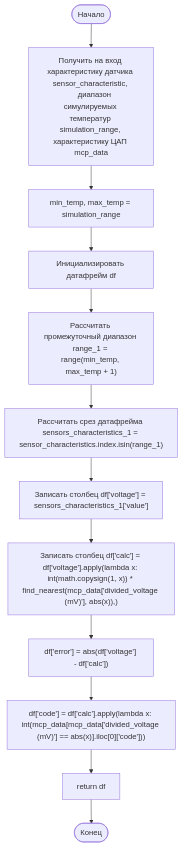
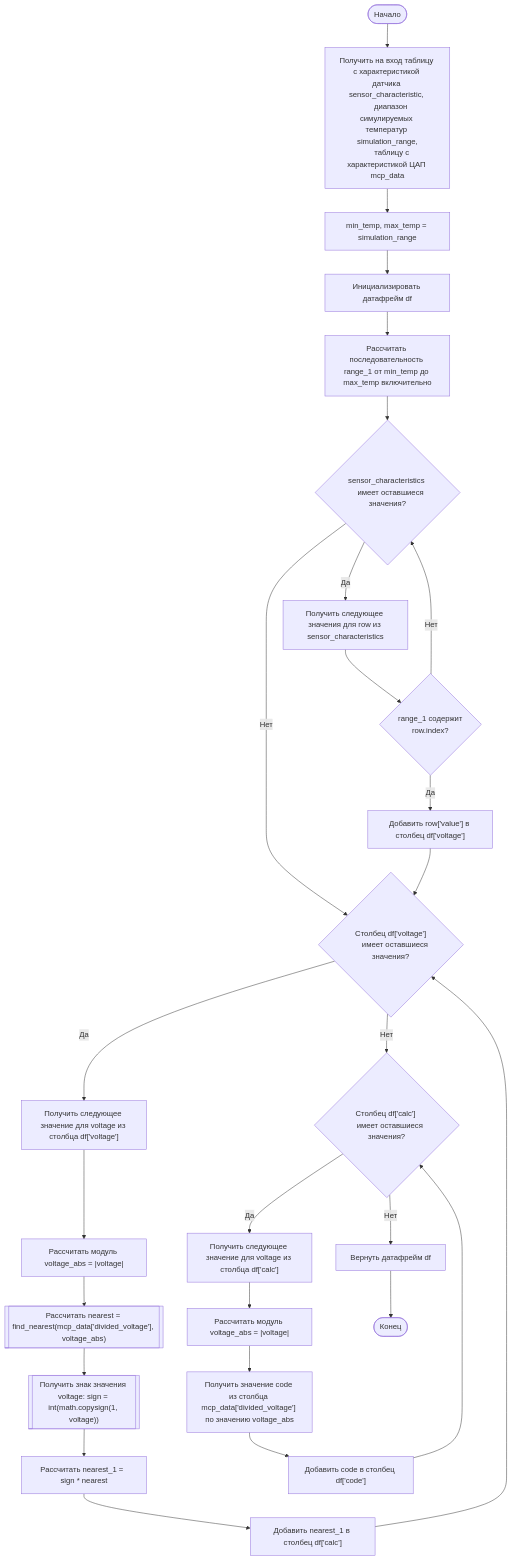
The fourth of 5 diagrams in data/diagrams/алгоритмы.md (Marik28/dissertation), drawn with Mermaid before and after one commit.

Commit message:
refactor diagrams

````diff
--- a/data/diagrams/алгоритмы.md
+++ b/data/diagrams/алгоритмы.md
@@ -175,16 +175,36 @@
 ```mermaid
 flowchart
     Start(["Начало"]) --> A
-    A["Получить на вход характеристику датчика sensor_characteristic, 
-    диапазон симулируемых температур simulation_range, характеристику ЦАП mcp_data"] --> B
+    A["Получить на вход таблицу с характеристикой датчика sensor_characteristic, 
+    диапазон симулируемых температур simulation_range,
+     таблицу с характеристикой ЦАП mcp_data"] --> B
     B["min_temp, max_temp = simulation_range"] --> C
     C["Инициализировать датафрейм df"] --> D
-    D["Рассчитать промежуточный диапазон range_1 = range(min_temp, max_temp + 1)"] --> E
-    E["Рассчитать срез датафрейма sensors_characteristics_1 = sensor_characteristics.index.isin(range_1)"] --> F
-    F["Записать столбец df['voltage'] = sensors_characteristics_1['value']"]  --> G 
-    G["Записать столбец df['calc'] = df['voltage'].apply(lambda x: int(math.copysign(1, x)) * find_nearest(mcp_data['divided_voltage (mV)'], abs(x)),)"] --> H
-    H["df['error'] = abs(df['voltage'] - df['calc'])"] --> I
-    I["df['code'] = df['calc'].apply(lambda x: int(mcp_data[mcp_data['divided_voltage (mV)'] == abs(x)].iloc[0]['code']))"] --> J
-    J["return df"] --> End
+    D["Рассчитать последовательность range_1 от min_temp до max_temp включительно"] --> E
+    E{"sensor_characteristics 
+    имеет оставшиеся значения?"} -->|"Да"| E1
+    E -->|"Нет"| F
+    E1["Получить следующее значения для row из sensor_characteristics"] --> E2
+    E2{"range_1 содержит 
+    row.index?"} -->|"Да"| E3
+    E2 -->|"Нет"| E
+    E3["Добавить row['value'] в столбец df['voltage']"] --> F
+    F{"Столбец df['voltage']
+     имеет оставшиеся значения?"} -->|"Да"| F1
+    F -->|"Нет"| I
+    F1["Получить следующее значение для voltage из столбца df['voltage']"] --> F2
+    F2["Рассчитать модуль voltage_abs = |voltage|"] --> F3
+    F3[["Рассчитать nearest = find_nearest(mcp_data['divided_voltage'], voltage_abs)"]] --> F4
+    F4[["Получить знак значения voltage: sign = int(math.copysign(1, voltage))"]] --> F5
+    F5["Рассчитать nearest_1 =  sign * nearest"] --> F6
+    F6["Добавить nearest_1 в столбец df['calc']"] --> F
+    I{"Столбец df['calc'] 
+    имеет оставшиеся значения?"} -->|"Да"| I1
+    I --> |"Нет"| J
+    I1["Получить следующее значение для voltage из столбца df['calc']"] --> I2
+    I2["Рассчитать модуль voltage_abs = |voltage|"] --> I3
+    I3["Получить значение code из столбца mcp_data['divided_voltage'] по значению voltage_abs"] --> I4
+    I4["Добавить code в столбец df['code']"] --> I
+    J["Вернуть датафрейм df"] --> End
     End(["Конец"])
 ```
````
